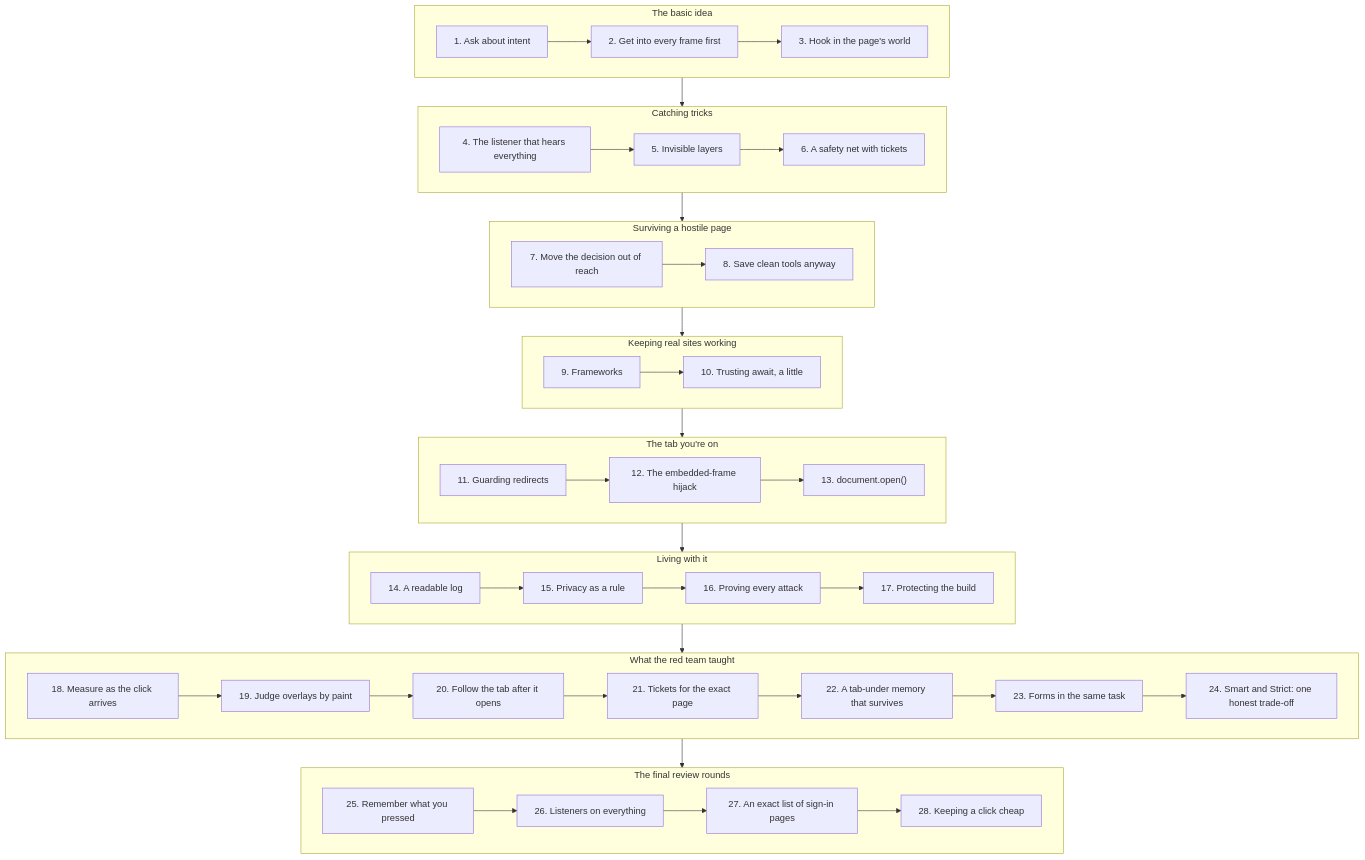
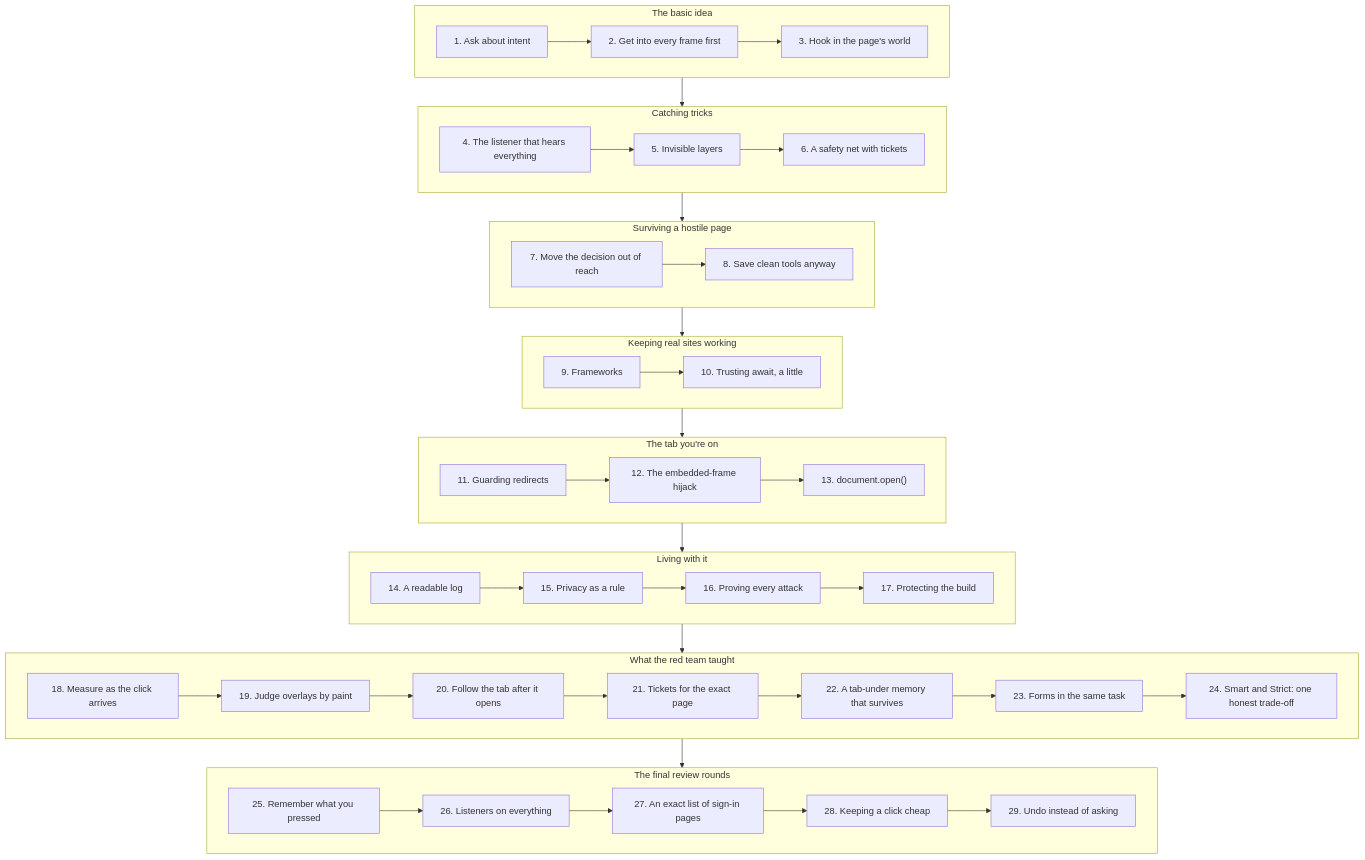
The first of 2 diagrams in docs/learn/04-decisions.md (madironman/popshield), drawn with Mermaid before and after one commit. The commit also changed other lines of this file and 10 other files, not shown here.

````diff
--- a/docs/learn/04-decisions.md
+++ b/docs/learn/04-decisions.md
@@ -17,36 +17,37 @@
 ```mermaid
 flowchart TD
     subgraph A["The basic idea"]
         D1["1. Ask about intent"] --> D2["2. Get into every frame first"]
         D2 --> D3["3. Hook in the page's world"]
     end
     subgraph B["Catching tricks"]
         D4["4. The listener that hears everything"] --> D5["5. Invisible layers"]
         D5 --> D6["6. A safety net with tickets"]
     end
     subgraph C["Surviving a hostile page"]
         D7["7. Move the decision out of reach"] --> D8["8. Save clean tools anyway"]
     end
     subgraph D["Keeping real sites working"]
         D9["9. Frameworks"] --> D10["10. Trusting await, a little"]
     end
     subgraph E["The tab you're on"]
         D11["11. Guarding redirects"] --> D12["12. The embedded-frame hijack"]
         D12 --> D13["13. document.open()"]
     end
     subgraph F["Living with it"]
         D14["14. A readable log"] --> D15["15. Privacy as a rule"]
         D15 --> D16["16. Proving every attack"] --> D17["17. Protecting the build"]
     end
     subgraph G["What the red team taught"]
         D18["18. Measure as the click arrives"] --> D19["19. Judge overlays by paint"]
         D19 --> D20["20. Follow the tab after it opens"] --> D21["21. Tickets for the exact page"]
         D21 --> D22["22. A tab-under memory that survives"] --> D23["23. Forms in the same task"]
         D23 --> D24["24. Smart and Strict: one honest trade-off"]
     end
     subgraph H["The final review rounds"]
         D25["25. Remember what you pressed"] --> D26["26. Listeners on everything"]
         D26 --> D27["27. An exact list of sign-in pages"] --> D28["28. Keeping a click cheap"]
+        D28 --> D29["29. Undo instead of asking"]
     end
     A --> B --> C --> D --> E --> F --> G --> H
 ```
````
